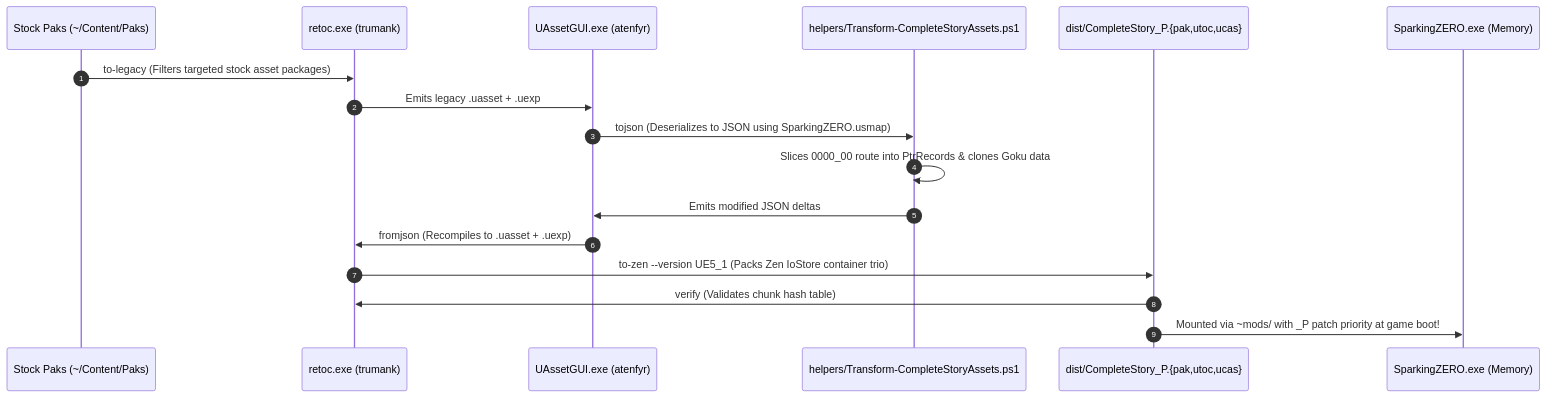
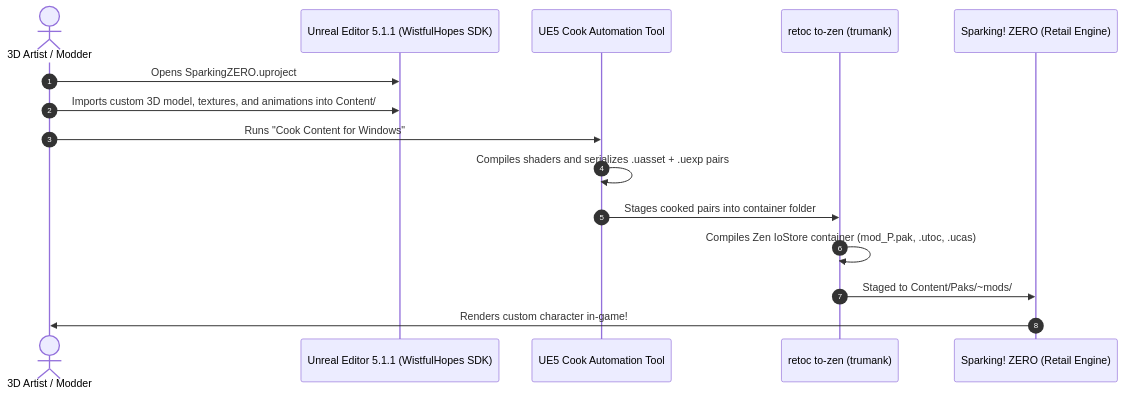
The diagram in docs/research/case-studies/wistfulhopes.md (quirke0221-web/SparkingCompleteStory), drawn with Mermaid before and after one commit. The commit also changed other lines of this file and 5 other files, not shown here.

Commit message:
docs(research): align case studies with verified community mod architectures

````diff
--- a/docs/research/case-studies/wistfulhopes.md
+++ b/docs/research/case-studies/wistfulhopes.md
@@ -93,20 +91,18 @@
 ```mermaid
 sequenceDiagram
     autonumber
-    participant Stock as Stock Paks (~/Content/Paks)
-    participant Retoc as retoc.exe (trumank)
-    participant UAssetGUI as UAssetGUI.exe (atenfyr)
-    participant Transform as helpers/Transform-CompleteStoryAssets.ps1
-    participant Dist as dist/CompleteStory_P.{pak,utoc,ucas}
-    participant Game as SparkingZERO.exe (Memory)
+    actor Modder as 3D Artist / Modder
+    participant Editor as Unreal Editor 5.1.1 (WistfulHopes SDK)
+    participant Cooker as UE5 Cook Automation Tool
+    participant Retoc as retoc to-zen (trumank)
+    participant Game as Sparking! ZERO (Retail Engine)
 
-    Stock->>Retoc: to-legacy (Filters targeted stock asset packages)
-    Retoc->>UAssetGUI: Emits legacy .uasset + .uexp
-    UAssetGUI->>Transform: tojson (Deserializes to JSON using SparkingZERO.usmap)
-    Transform->>Transform: Slices 0000_00 route into PtrRecords & clones Goku data
-    Transform->>UAssetGUI: Emits modified JSON deltas
-    UAssetGUI->>Retoc: fromjson (Recompiles to .uasset + .uexp)
-    Retoc->>Dist: to-zen --version UE5_1 (Packs Zen IoStore container trio)
-    Dist->>Retoc: verify (Validates chunk hash table)
-    Dist->>Game: Mounted via ~mods/ with _P patch priority at game boot!
+    Modder->>Editor: Opens SparkingZERO.uproject
+    Modder->>Editor: Imports custom 3D model, textures, and animations into Content/
+    Modder->>Cooker: Runs "Cook Content for Windows"
+    Cooker->>Cooker: Compiles shaders and serializes .uasset + .uexp pairs
+    Cooker->>Retoc: Stages cooked pairs into container folder
+    Retoc->>Retoc: Compiles Zen IoStore container (mod_P.pak, .utoc, .ucas)
+    Retoc->>Game: Staged to Content/Paks/~mods/
+    Game->>Modder: Renders custom character in-game!
 ```
````
